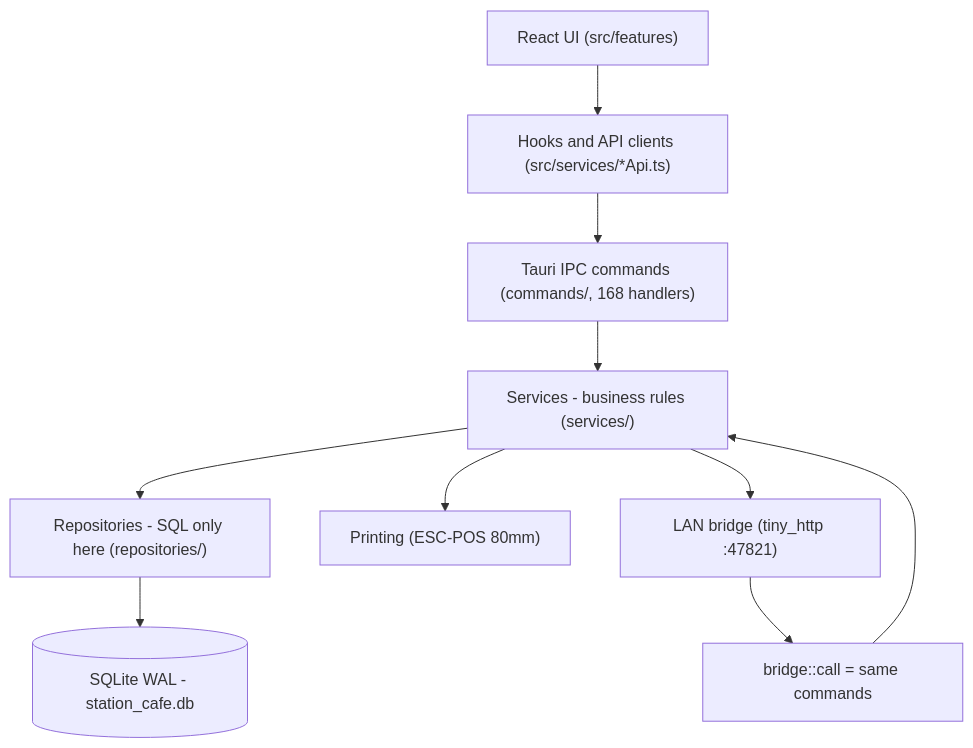
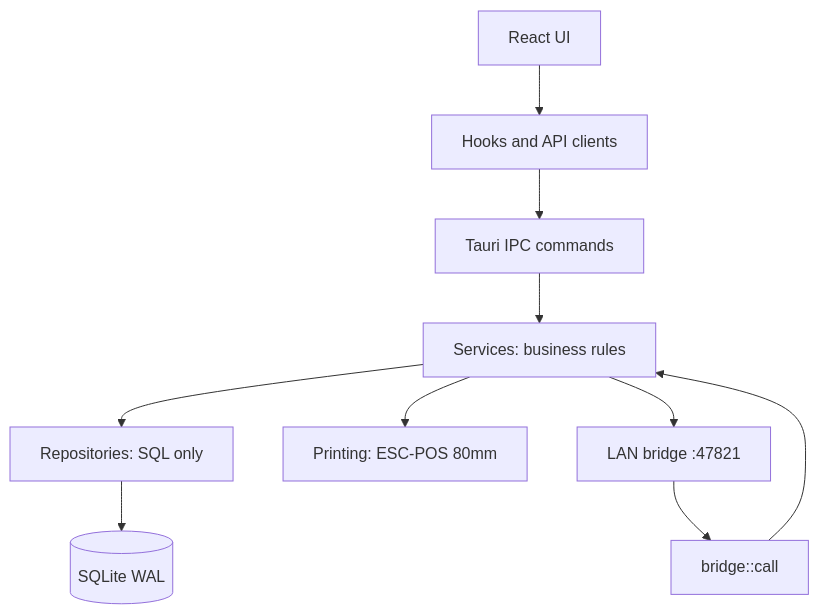
Before and after one commit to bassim-ghaly-14/station-cafe: the diagram in README.md, drawn with Mermaid. The commit also changed other lines of this file, not shown here.

````diff
--- a/README.md
+++ b/README.md
@@ -95,12 +124,12 @@
 ```mermaid
 flowchart TB
-    UI["React UI (src/features)"] --> Hooks["Hooks and API clients (src/services/*Api.ts)"]
-    Hooks --> IPC["Tauri IPC commands (commands/, 168 handlers)"]
-    IPC --> Services["Services - business rules (services/)"]
-    Services --> Repos["Repositories - SQL only here (repositories/)"]
-    Repos --> DB[("SQLite WAL - station_cafe.db")]
-    Services --> Print["Printing (ESC-POS 80mm)"]
-    Services --> LAN["LAN bridge (tiny_http :47821)"]
-    LAN --> Bridge["bridge::call = same commands"]
+    UI["React UI"] --> Hooks["Hooks and API clients"]
+    Hooks --> IPC["Tauri IPC commands"]
+    IPC --> Services["Services: business rules"]
+    Services --> Repos["Repositories: SQL only"]
+    Repos --> DB[("SQLite WAL")]
+    Services --> Print["Printing: ESC-POS 80mm"]
+    Services --> LAN["LAN bridge :47821"]
+    LAN --> Bridge["bridge::call"]
     Bridge --> Services
 ```
````
